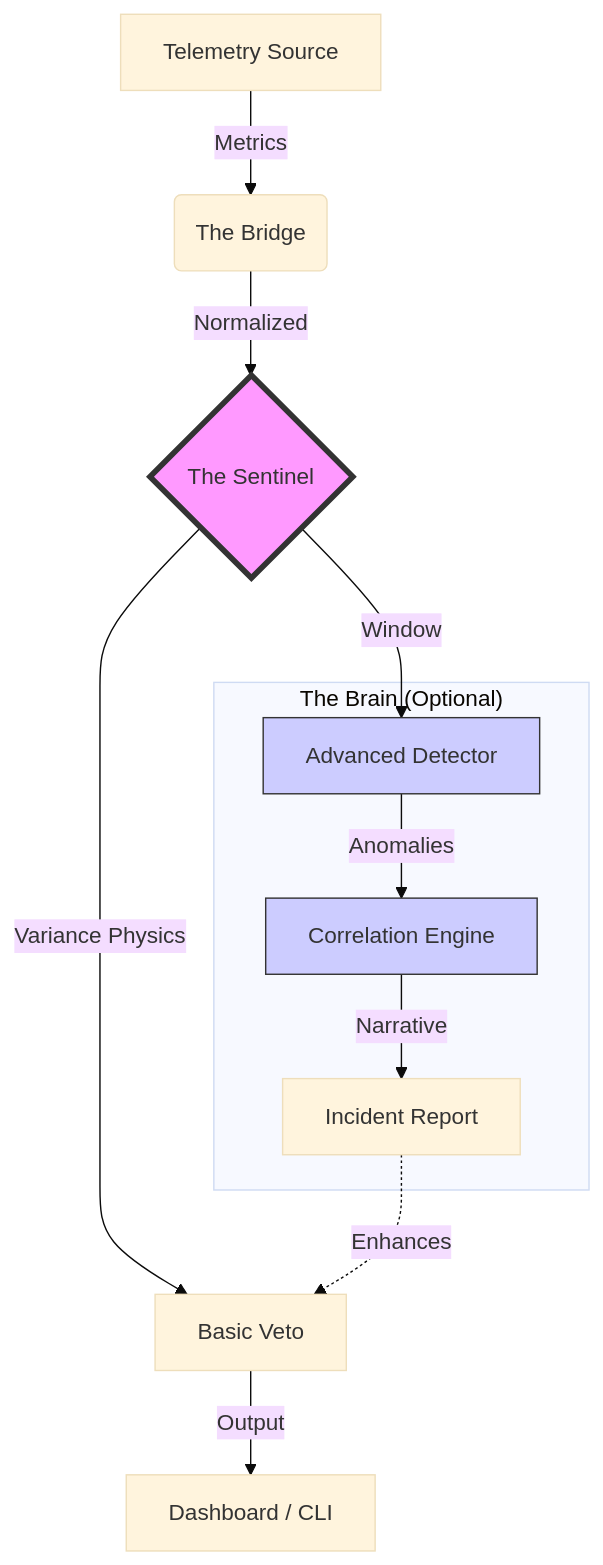
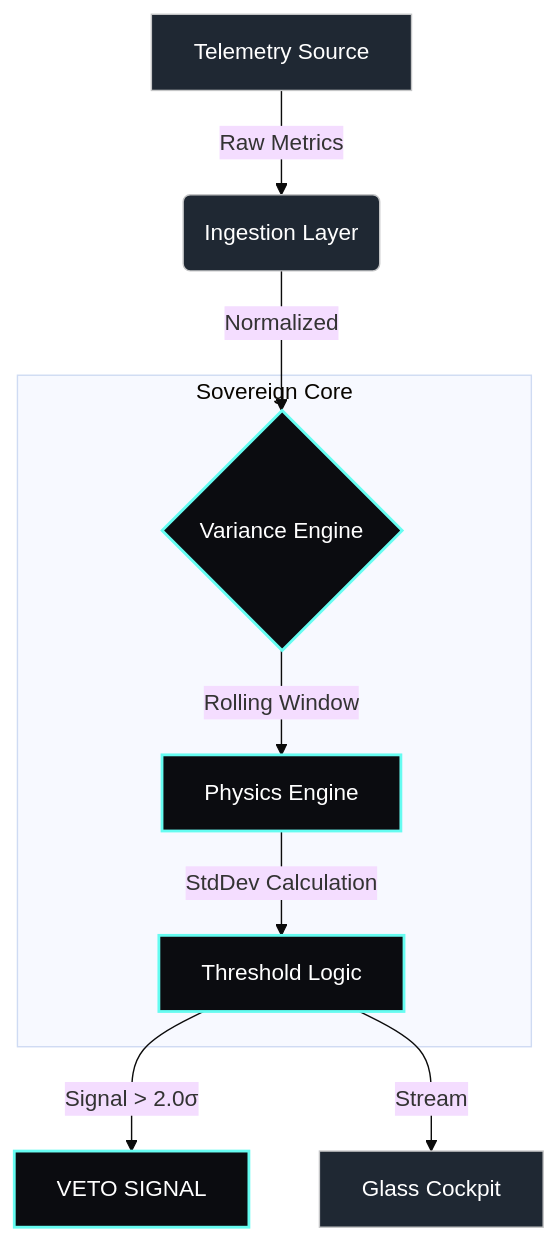
The diagram in README.md (ZoaGrad/coherence-sre), drawn with Mermaid (base theme) before and after one commit. The commit also changed other lines of this file and 9 other files, not shown here.

Commit message:
ci: align workflow paths and arguments with obsidian architecture v0.5.1

````diff
--- a/README.md
+++ b/README.md
@@ -30,19 +39,19 @@
 ```mermaid
 graph TD
-    A[Telemetry Source] -->|Metrics| B(The Bridge);
-    B -->|Normalized| C{The Sentinel};
+    classDef secure fill:#0b0c10,stroke:#66fcf1,stroke-width:2px,color:#fff;
+    classDef logic fill:#1f2833,stroke:#c5c6c7,stroke-width:1px,color:#fff;
+
+    A[Telemetry Source] -->|Raw Metrics| B(Ingestion Layer);
+    B -->|Normalized| C{Variance Engine};
     
-    subgraph "The Brain (Optional)"
-    D[Advanced Detector] -->|Anomalies| E[Correlation Engine];
-    E -->|Narrative| F[Incident Report];
+    subgraph "Sovereign Core"
+        C -->|Rolling Window| D[Physics Engine];
+        D -->|StdDev Calculation| E[Threshold Logic];
     end
     
-    C -->|Window| D;
-    C -->|Variance Physics| G[Basic Veto];
-    F -.->|Enhances| G;
-    G -->|Output| H[Dashboard / CLI];
+    E -->|Signal > 2.0σ| F[VETO SIGNAL];
+    E -->|Stream| G[Glass Cockpit];
     
-    style C fill:#f9f,stroke:#333,stroke-width:4px
-    style D fill:#ccf,stroke:#333
-    style E fill:#ccf,stroke:#333
+    class A,B,G logic;
+    class C,D,E,F secure;
 ```
````
